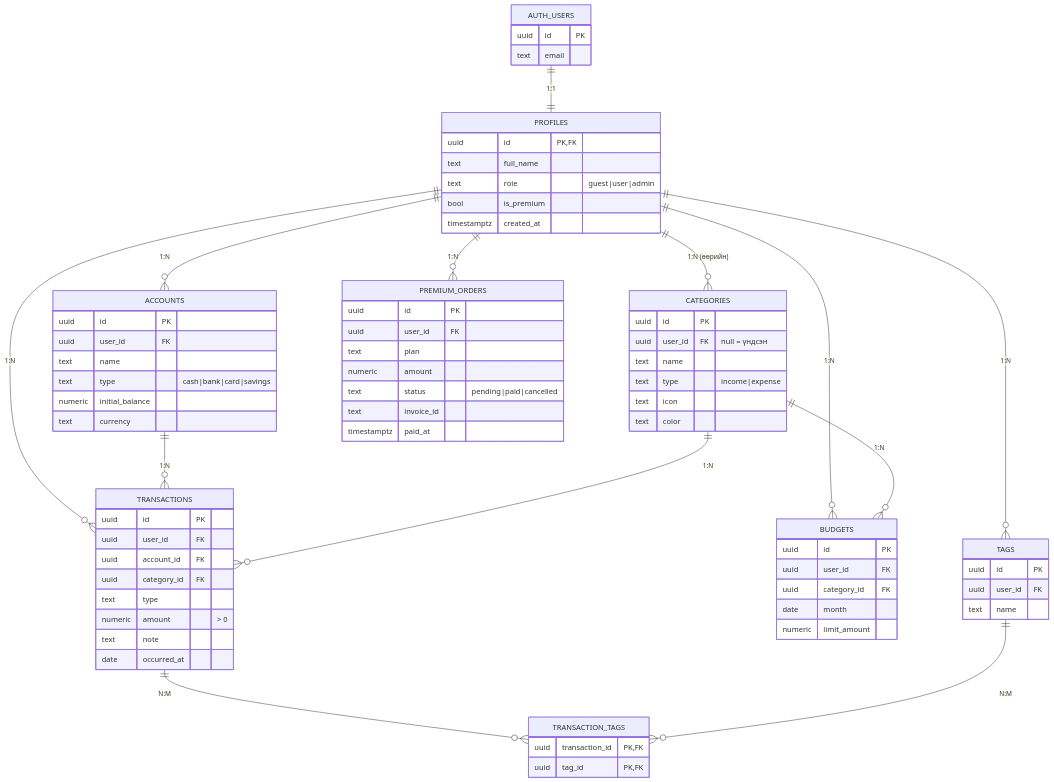
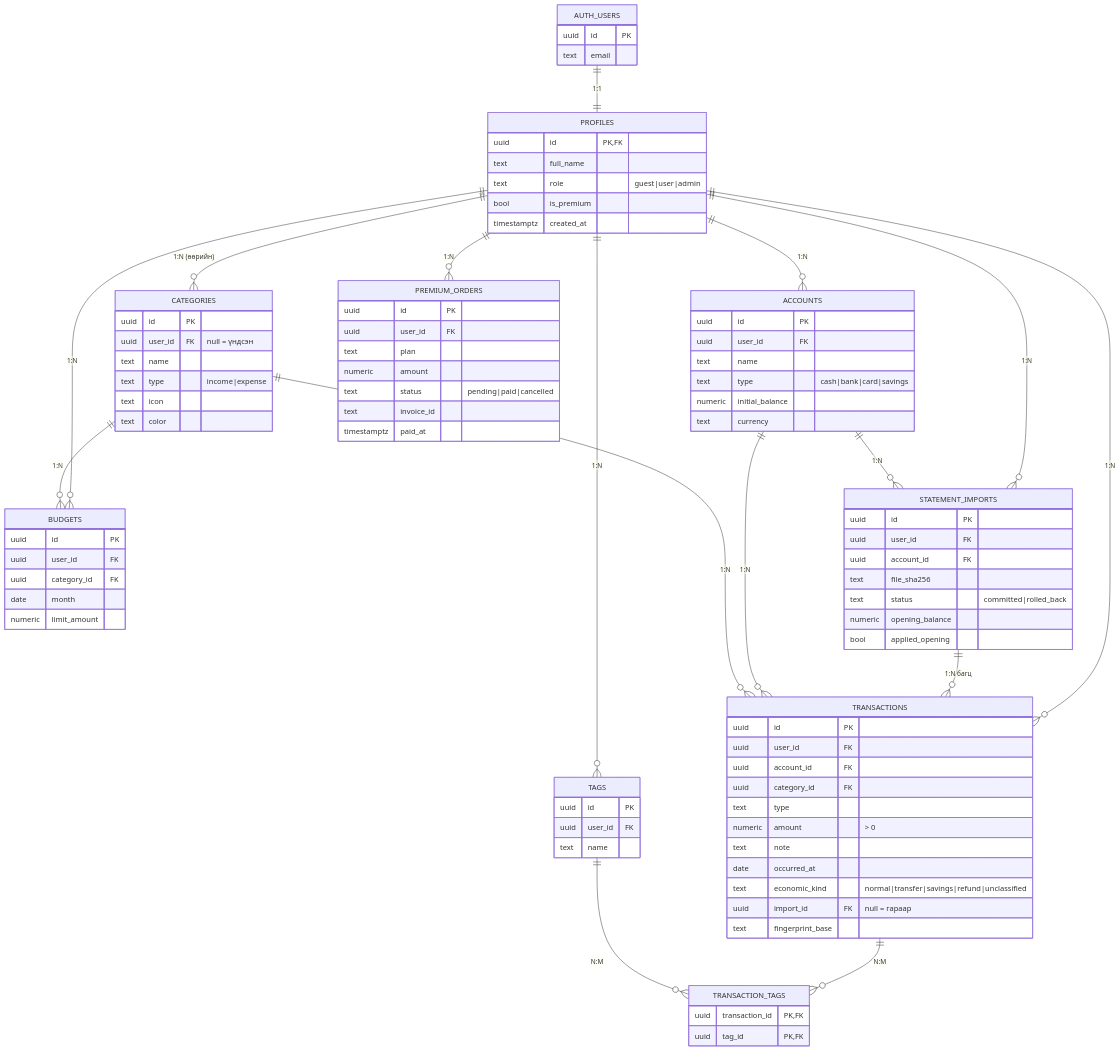
Before and after one commit to giikhnaranbattulga7-ship-i/finance-app-supabase: the diagram in docs/diagrams/erd.mmd, drawn with Mermaid. The commit also changed 42 other files, not shown here.

First line of the commit message:
feat: import Khan Bank statement PDFs on device

```diff
--- a/docs/diagrams/erd.mmd
+++ b/docs/diagrams/erd.mmd
@@ -1,57 +1,70 @@
 erDiagram
   AUTH_USERS ||--|| PROFILES : "1:1"
   PROFILES ||--o{ ACCOUNTS : "1:N"
   PROFILES ||--o{ CATEGORIES : "1:N (өөрийн)"
   PROFILES ||--o{ TRANSACTIONS : "1:N"
   PROFILES ||--o{ BUDGETS : "1:N"
   PROFILES ||--o{ TAGS : "1:N"
   PROFILES ||--o{ PREMIUM_ORDERS : "1:N"
+  PROFILES ||--o{ STATEMENT_IMPORTS : "1:N"
+  ACCOUNTS ||--o{ STATEMENT_IMPORTS : "1:N"
+  STATEMENT_IMPORTS ||--o{ TRANSACTIONS : "1:N багц"
   ACCOUNTS ||--o{ TRANSACTIONS : "1:N"
   CATEGORIES ||--o{ TRANSACTIONS : "1:N"
   CATEGORIES ||--o{ BUDGETS : "1:N"
   TRANSACTIONS ||--o{ TRANSACTION_TAGS : "N:M"
   TAGS ||--o{ TRANSACTION_TAGS : "N:M"
   AUTH_USERS { uuid id PK
     text email }
   PROFILES { uuid id PK,FK
     text full_name
     text role "guest|user|admin"
     bool is_premium
     timestamptz created_at }
   ACCOUNTS { uuid id PK
     uuid user_id FK
     text name
     text type "cash|bank|card|savings"
     numeric initial_balance
     text currency }
   CATEGORIES { uuid id PK
     uuid user_id FK "null = үндсэн"
     text name
     text type "income|expense"
     text icon
     text color }
   TRANSACTIONS { uuid id PK
     uuid user_id FK
     uuid account_id FK
     uuid category_id FK
     text type
     numeric amount "> 0"
     text note
-    date occurred_at }
+    date occurred_at
+    text economic_kind "normal|transfer|savings|refund|unclassified"
+    uuid import_id FK "null = гараар"
+    text fingerprint_base }
   BUDGETS { uuid id PK
     uuid user_id FK
     uuid category_id FK
     date month
     numeric limit_amount }
   TAGS { uuid id PK
     uuid user_id FK
     text name }
   TRANSACTION_TAGS { uuid transaction_id PK,FK
     uuid tag_id PK,FK }
   PREMIUM_ORDERS { uuid id PK
     uuid user_id FK
     text plan
     numeric amount
     text status "pending|paid|cancelled"
     text invoice_id
     timestamptz paid_at }
+  STATEMENT_IMPORTS { uuid id PK
+    uuid user_id FK
+    uuid account_id FK
+    text file_sha256
+    text status "committed|rolled_back"
+    numeric opening_balance
+    bool applied_opening }
```
